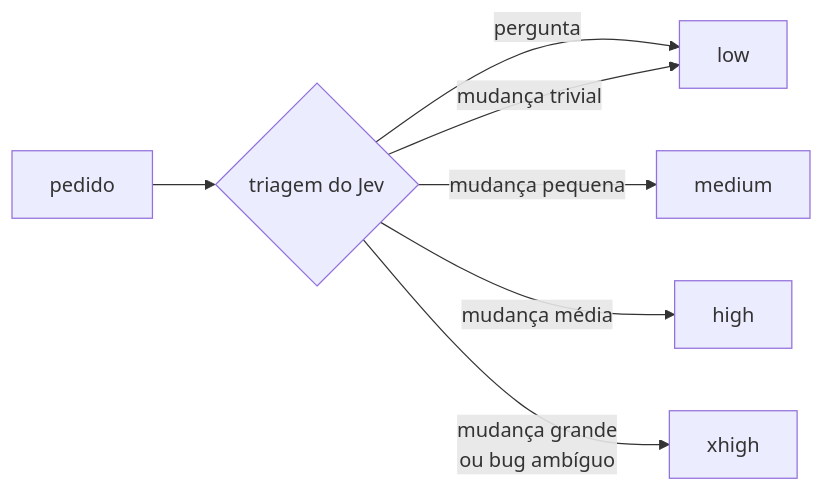
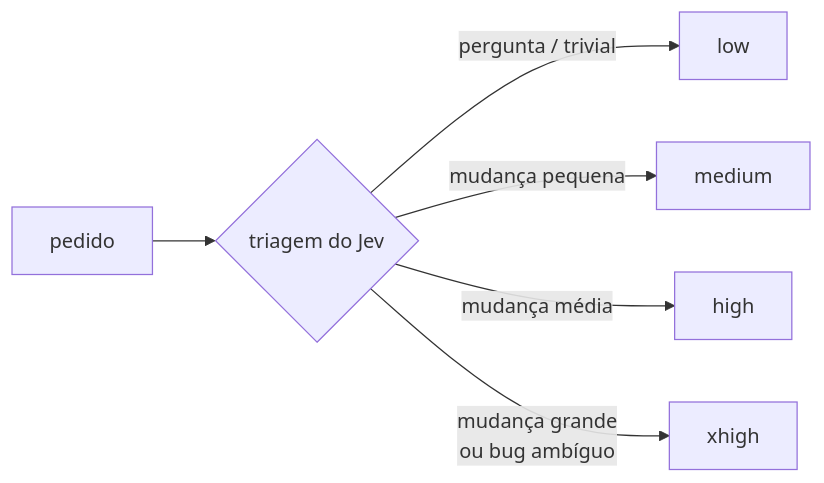
One commit to Civalski/claujev changed the second of 2 diagrams in README.pt-BR.md. Above: the diagram before and after it, drawn with Mermaid. The commit also changed other lines of this file and 3 other files, not shown here.

````diff
--- a/README.pt-BR.md
+++ b/README.pt-BR.md
@@ -155,9 +105,8 @@
 ```mermaid
 flowchart LR
     P["pedido"] --> J{"triagem do Jev"}
-    J -->|"pergunta"| L["low"]
-    J -->|"mudança trivial"| L
+    J -->|"pergunta / trivial"| L["low"]
     J -->|"mudança pequena"| M["medium"]
     J -->|"mudança média"| H["high"]
     J -->|"mudança grande<br/>ou bug ambíguo"| X["xhigh"]
 ```
````
